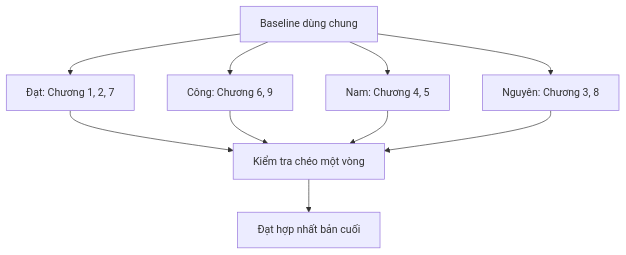
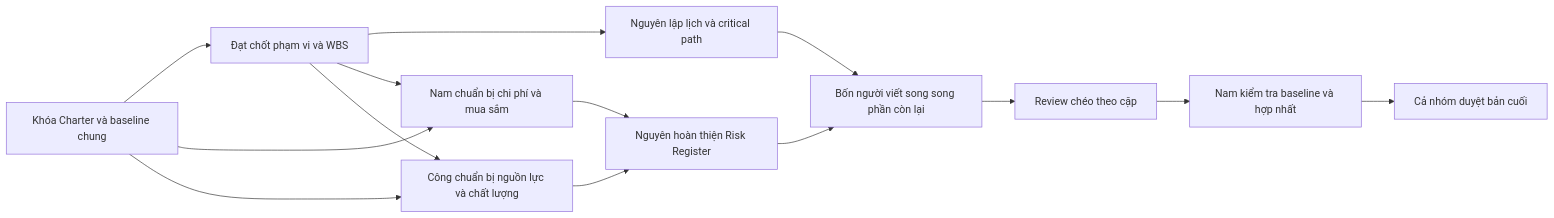
One commit to vuthanhhnguyenn/SunSwim-spec changed the diagram in specs/05-delivery/06-phan-cong-bao-cao-ptit.md. Above: the diagram before and after it, drawn with Mermaid. The commit also changed other lines of this file and 29 other files, not shown here.

````diff
--- a/specs/05-delivery/06-phan-cong-bao-cao-ptit.md
+++ b/specs/05-delivery/06-phan-cong-bao-cao-ptit.md
@@ -313,12 +182,16 @@
 ```mermaid
-flowchart TB
-    B["Baseline dùng chung"] --> D["Đạt: Chương 1, 2, 7"]
-    B --> C["Công: Chương 6, 9"]
-    B --> N["Nam: Chương 4, 5"]
-    B --> G["Nguyên: Chương 3, 8"]
-    D --> R["Kiểm tra chéo một vòng"]
-    C --> R
-    N --> R
-    G --> R
-    R --> M["Đạt hợp nhất bản cuối"]
+flowchart LR
+    A["Khóa Charter và baseline chung"] --> B["Đạt chốt phạm vi và WBS"]
+    A --> C["Nam chuẩn bị chi phí và mua sắm"]
+    A --> D["Công chuẩn bị nguồn lực và chất lượng"]
+    B --> E["Nguyên lập lịch và critical path"]
+    B --> C
+    B --> D
+    C --> F["Nguyên hoàn thiện Risk Register"]
+    D --> F
+    E --> G["Bốn người viết song song phần còn lại"]
+    F --> G
+    G --> H["Review chéo theo cặp"]
+    H --> I["Nam kiểm tra baseline và hợp nhất"]
+    I --> J["Cả nhóm duyệt bản cuối"]
 ```
````
